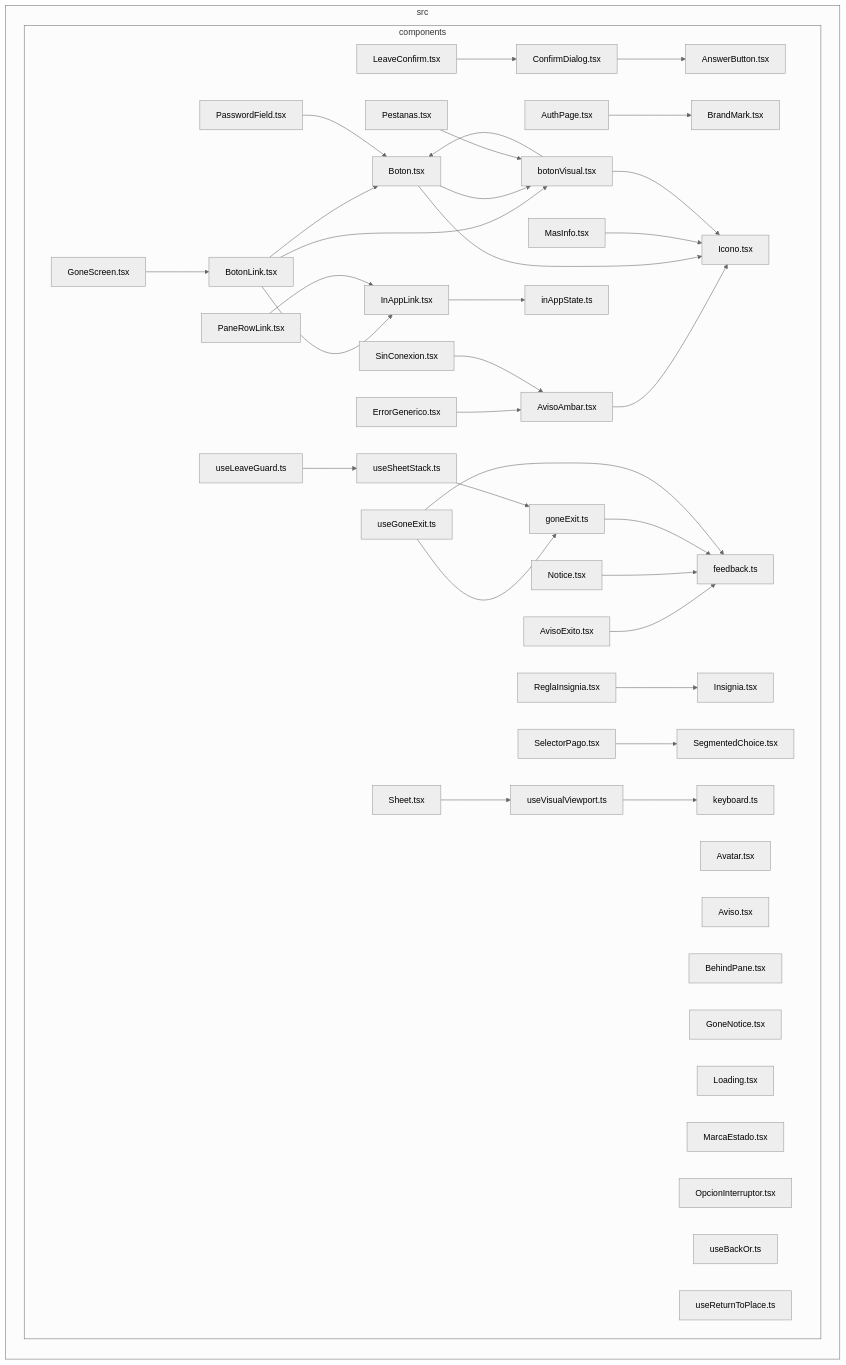
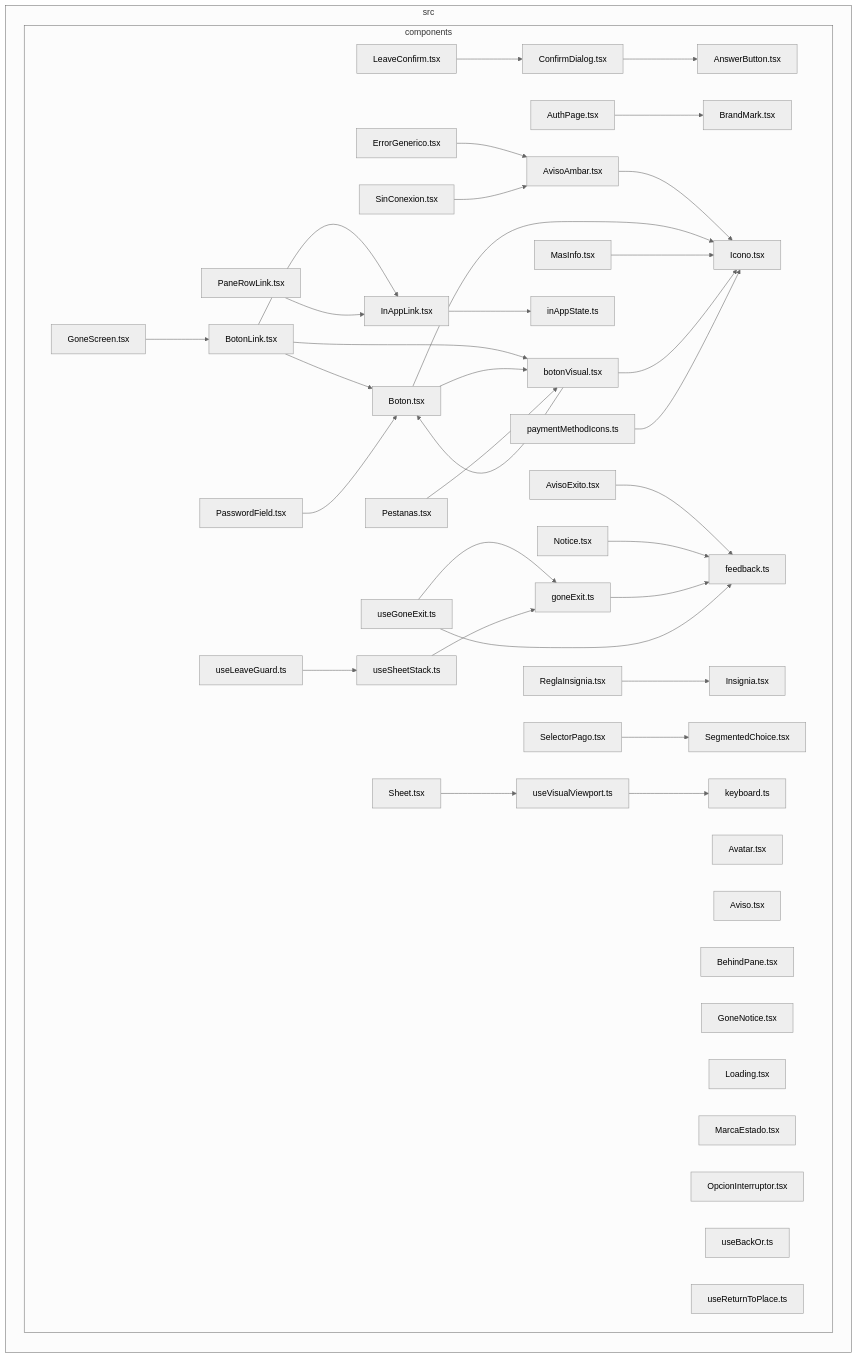
The diagram in docs/architecture/generated/front-modules/components.md (GonzaloZevallos/apostrophe), drawn with Mermaid (neutral theme) before and after one commit. The commit also changed 4 other files, not shown here.

First line of the commit message:
Add six neutral payment-method icons and their wire-keyed map

````diff
--- a/docs/architecture/generated/front-modules/components.md
+++ b/docs/architecture/generated/front-modules/components.md
@@ -7,79 +7,81 @@
 ```mermaid
 flowchart LR
 subgraph src["src"]
   subgraph src_components["components"]
     src_components_AnswerButton_tsx["AnswerButton.tsx"]
     src_components_AuthPage_tsx["AuthPage.tsx"]
     src_components_Avatar_tsx["Avatar.tsx"]
     src_components_AvisoAmbar_tsx["AvisoAmbar.tsx"]
     src_components_AvisoExito_tsx["AvisoExito.tsx"]
     src_components_Aviso_tsx["Aviso.tsx"]
     src_components_BehindPane_tsx["BehindPane.tsx"]
     src_components_BotonLink_tsx["BotonLink.tsx"]
     src_components_Boton_tsx["Boton.tsx"]
     src_components_BrandMark_tsx["BrandMark.tsx"]
     src_components_ConfirmDialog_tsx["ConfirmDialog.tsx"]
     src_components_ErrorGenerico_tsx["ErrorGenerico.tsx"]
     src_components_GoneNotice_tsx["GoneNotice.tsx"]
     src_components_GoneScreen_tsx["GoneScreen.tsx"]
     src_components_Icono_tsx["Icono.tsx"]
     src_components_InAppLink_tsx["InAppLink.tsx"]
     src_components_Insignia_tsx["Insignia.tsx"]
     src_components_LeaveConfirm_tsx["LeaveConfirm.tsx"]
     src_components_Loading_tsx["Loading.tsx"]
     src_components_MarcaEstado_tsx["MarcaEstado.tsx"]
     src_components_MasInfo_tsx["MasInfo.tsx"]
     src_components_Notice_tsx["Notice.tsx"]
     src_components_OpcionInterruptor_tsx["OpcionInterruptor.tsx"]
     src_components_PaneRowLink_tsx["PaneRowLink.tsx"]
     src_components_PasswordField_tsx["PasswordField.tsx"]
     src_components_Pestanas_tsx["Pestanas.tsx"]
     src_components_ReglaInsignia_tsx["ReglaInsignia.tsx"]
     src_components_SegmentedChoice_tsx["SegmentedChoice.tsx"]
     src_components_SelectorPago_tsx["SelectorPago.tsx"]
     src_components_Sheet_tsx["Sheet.tsx"]
     src_components_SinConexion_tsx["SinConexion.tsx"]
     src_components_botonVisual_tsx["botonVisual.tsx"]
     src_components_feedback_ts["feedback.ts"]
     src_components_goneExit_ts["goneExit.ts"]
     src_components_inAppState_ts["inAppState.ts"]
     src_components_keyboard_ts["keyboard.ts"]
+    src_components_paymentMethodIcons_ts["paymentMethodIcons.ts"]
     src_components_useBackOr_ts["useBackOr.ts"]
     src_components_useGoneExit_ts["useGoneExit.ts"]
     src_components_useLeaveGuard_ts["useLeaveGuard.ts"]
     src_components_useReturnToPlace_ts["useReturnToPlace.ts"]
     src_components_useSheetStack_ts["useSheetStack.ts"]
     src_components_useVisualViewport_ts["useVisualViewport.ts"]
   end
 end
 src_components_AuthPage_tsx-->src_components_BrandMark_tsx
 src_components_AvisoAmbar_tsx-->src_components_Icono_tsx
 src_components_AvisoExito_tsx-->src_components_feedback_ts
 src_components_BotonLink_tsx-->src_components_Boton_tsx
 src_components_BotonLink_tsx-->src_components_InAppLink_tsx
 src_components_BotonLink_tsx-->src_components_botonVisual_tsx
 src_components_Boton_tsx-->src_components_Icono_tsx
 src_components_Boton_tsx-->src_components_botonVisual_tsx
 src_components_ConfirmDialog_tsx-->src_components_AnswerButton_tsx
 src_components_ErrorGenerico_tsx-->src_components_AvisoAmbar_tsx
 src_components_GoneScreen_tsx-->src_components_BotonLink_tsx
 src_components_InAppLink_tsx-->src_components_inAppState_ts
 src_components_LeaveConfirm_tsx-->src_components_ConfirmDialog_tsx
 src_components_MasInfo_tsx-->src_components_Icono_tsx
 src_components_Notice_tsx-->src_components_feedback_ts
 src_components_PaneRowLink_tsx-->src_components_InAppLink_tsx
 src_components_PasswordField_tsx-->src_components_Boton_tsx
 src_components_Pestanas_tsx-->src_components_botonVisual_tsx
 src_components_ReglaInsignia_tsx-->src_components_Insignia_tsx
 src_components_SelectorPago_tsx-->src_components_SegmentedChoice_tsx
 src_components_Sheet_tsx-->src_components_useVisualViewport_ts
 src_components_SinConexion_tsx-->src_components_AvisoAmbar_tsx
 src_components_botonVisual_tsx-->src_components_Boton_tsx
 src_components_botonVisual_tsx-->src_components_Icono_tsx
 src_components_goneExit_ts-->src_components_feedback_ts
+src_components_paymentMethodIcons_ts-->src_components_Icono_tsx
 src_components_useGoneExit_ts-->src_components_feedback_ts
 src_components_useGoneExit_ts-->src_components_goneExit_ts
 src_components_useLeaveGuard_ts-->src_components_useSheetStack_ts
 src_components_useSheetStack_ts-->src_components_goneExit_ts
 src_components_useVisualViewport_ts-->src_components_keyboard_ts
 ```
````
